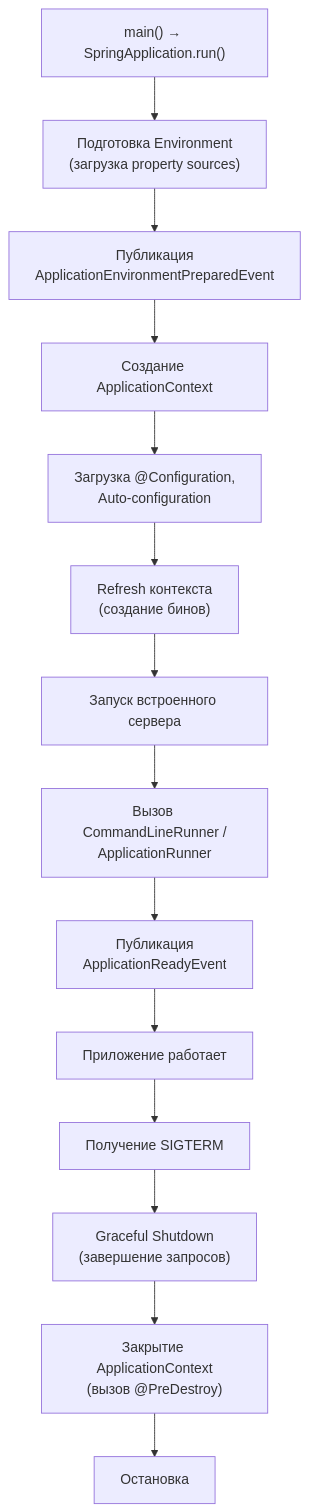
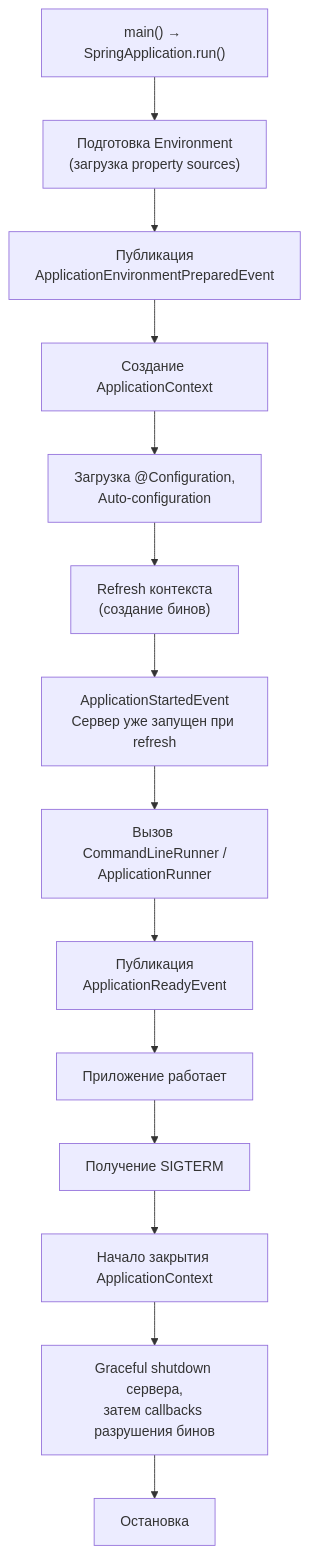
One commit to akeverus/cheat-sheet changed the eighth of 8 diagrams in cheatsheets/interview/frameworks/spring/spring-boot-interview.md. Above: the diagram before and after it, drawn with Mermaid. The commit also changed other lines of this file and 154 other files, not shown here.

````diff
--- a/cheatsheets/interview/frameworks/spring/spring-boot-interview.md
+++ b/cheatsheets/interview/frameworks/spring/spring-boot-interview.md
@@ -1187,16 +1161,16 @@
 ```mermaid
 graph TD
     A["main() → SpringApplication.run()"] --> B["Подготовка Environment<br/>(загрузка property sources)"]
     B --> C["Публикация<br/>ApplicationEnvironmentPreparedEvent"]
     C --> D["Создание ApplicationContext"]
     D --> E["Загрузка @Configuration,<br/>Auto-configuration"]
     E --> F["Refresh контекста<br/>(создание бинов)"]
-    F --> G["Запуск встроенного сервера"]
+    F --> G["ApplicationStartedEvent<br/>Сервер уже запущен при refresh"]
     G --> H["Вызов CommandLineRunner /<br/>ApplicationRunner"]
     H --> I["Публикация<br/>ApplicationReadyEvent"]
     I --> J["Приложение работает"]
     J --> K["Получение SIGTERM"]
-    K --> L["Graceful Shutdown<br/>(завершение запросов)"]
-    L --> M["Закрытие ApplicationContext<br/>(вызов @PreDestroy)"]
+    K --> L["Начало закрытия ApplicationContext"]
+    L --> M["Graceful shutdown сервера,<br/>затем callbacks разрушения бинов"]
     M --> N["Остановка"]
 ```
````
